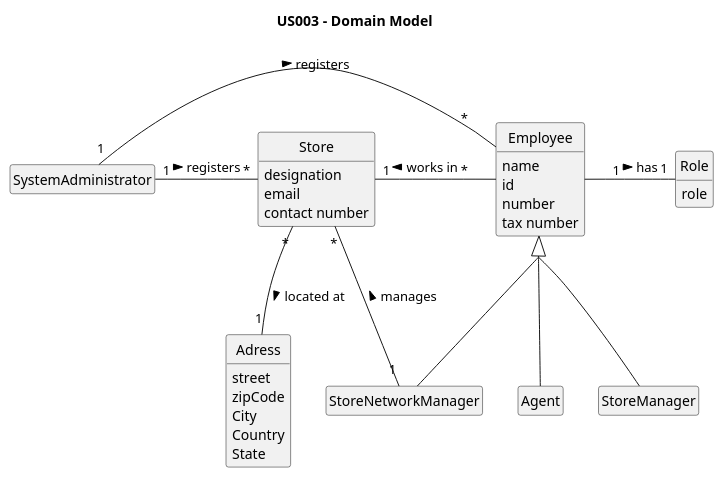
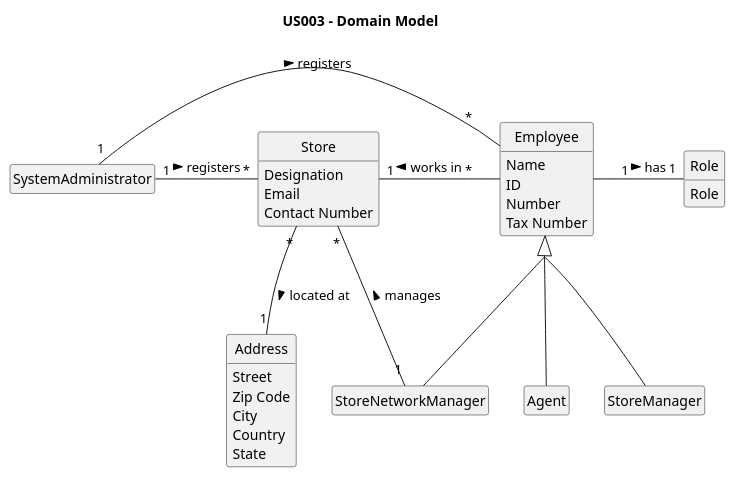
Before and after one commit to PureNimble/ISEP-LAPR2: the diagram in docs/sprintA/US03/02.analysis/puml/us03-domain-model.puml, drawn with PlantUML. The commit also changed 7 other files, not shown here.

```diff
--- a/docs/sprintA/US03/02.analysis/puml/us03-domain-model.puml
+++ b/docs/sprintA/US03/02.analysis/puml/us03-domain-model.puml
@@ -1,77 +1,77 @@
 @startuml
 'https://plantuml.com/class-diagram
 
 title US003 - Domain Model
 
 skinparam monochrome true
 skinparam packageStyle rectangle
 skinparam shadowing false
 hide empty members
 skinparam groupInheritance 3
 hide circle
 
 class SystemAdministrator
 
 class Employee
 
 class Role
 
 class SystemAdministrator
 
 class Agent
 
 class StoreManager
 
 class StoreNetworkManager
 
 class Store
 
-class Adress
+class Address
 
-class Role{
-role
+class Role {
+Role
 }
 
-class Store{
-designation
-email
-contact number
+class Store {
+Designation
+Email
+Contact Number
 }
 
-class Adress{
-street
-zipCode
+class Address {
+Street
+Zip Code
 City
 Country
 State
 }
 
-class SystemAdministrator{
+class SystemAdministrator {
 }
 
-class Employee{
-name
-id
-number
-tax number
+class Employee {
+Name
+ID
+Number
+Tax Number
 }
 
 SystemAdministrator "1" - "*" Store : registers >
 
-Store "*" -- "1" Adress : located at >
+Store "*" -- "1" Address : located at >
 
 Store "1" - "*" Employee : works in <
 
 SystemAdministrator "1" - "*" Employee : registers >
 
 Employee "1" - "1" Role : has >
 
 Employee <|--  StoreNetworkManager
 
 Employee <|--  StoreManager
 
 Employee <|-- Agent
 
 StoreNetworkManager "1" - "*" Store : manages >
 
 @enduml
```
